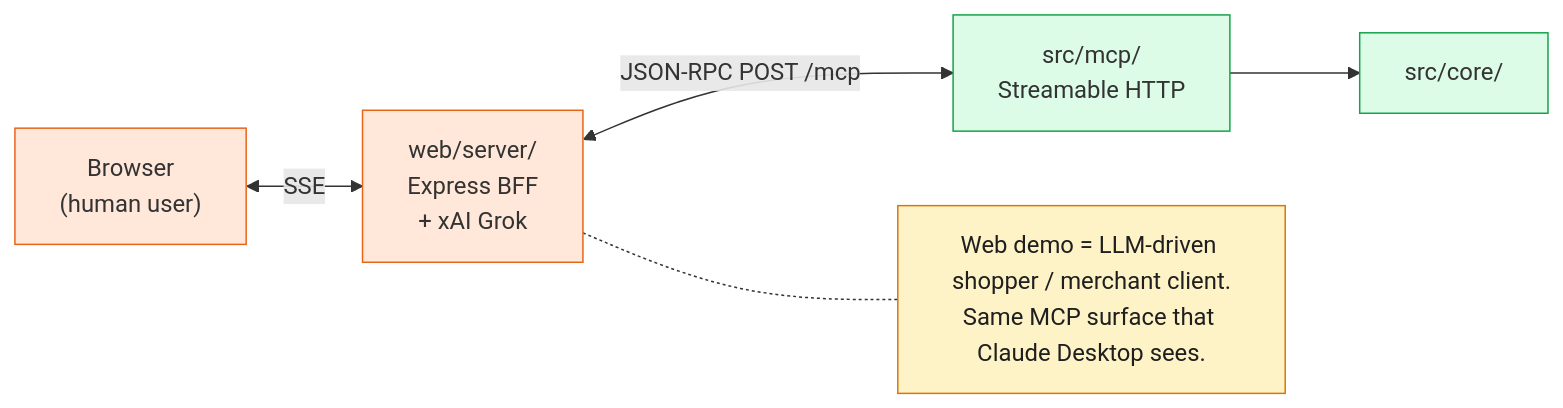
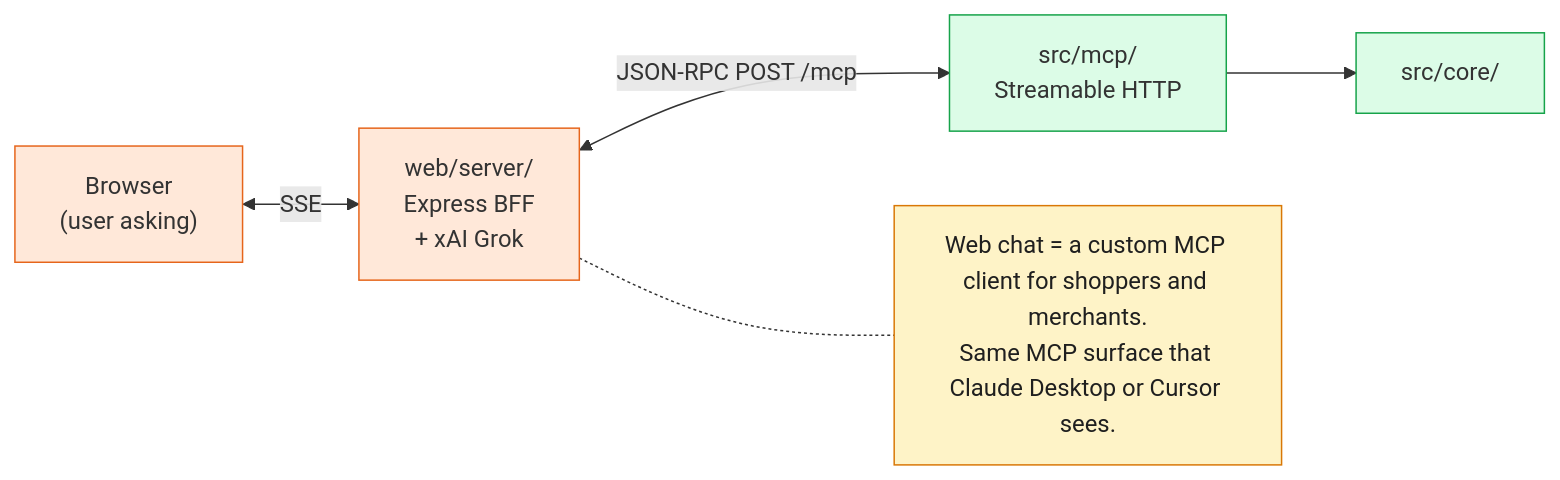
One commit to diegoperezg7/groupon-deal-intelligence-mcp changed the fourth of 4 diagrams in docs/mcp-vs-cli.md. Above: the diagram before and after it, drawn with Mermaid. The commit also changed other lines of this file and 2 other files, not shown here.

First line of the commit message:
docs: reframe MCP audience from "AI agents" to "MCP clients" per brief

````diff
--- a/docs/mcp-vs-cli.md
+++ b/docs/mcp-vs-cli.md
@@ -127,21 +129,21 @@
 ```mermaid
 flowchart LR
-    Browser["Browser<br/>(human user)"]
+    Browser["Browser<br/>(user asking)"]
     BFF["web/server/<br/>Express BFF<br/>+ xAI Grok"]
     MCP["src/mcp/<br/>Streamable HTTP"]
     Core["src/core/"]
 
     Browser <-->|"SSE"| BFF
     BFF <-->|"JSON-RPC POST /mcp"| MCP
     MCP --> Core
 
-    Note["Web demo = LLM-driven shopper / merchant client.<br/>Same MCP surface that Claude Desktop sees."]
+    Note["Web chat = a custom MCP client for shoppers and merchants.<br/>Same MCP surface that Claude Desktop or Cursor sees."]
     BFF -.- Note
 
     classDef ui fill:#ffe8d9,stroke:#e6651b
     classDef mcp fill:#dcfce7,stroke:#16a34a
     classDef note fill:#fef3c7,stroke:#d97706,color:#1f1f1f
     class Browser,BFF ui
     class MCP,Core mcp
     class Note note
 ```
````
